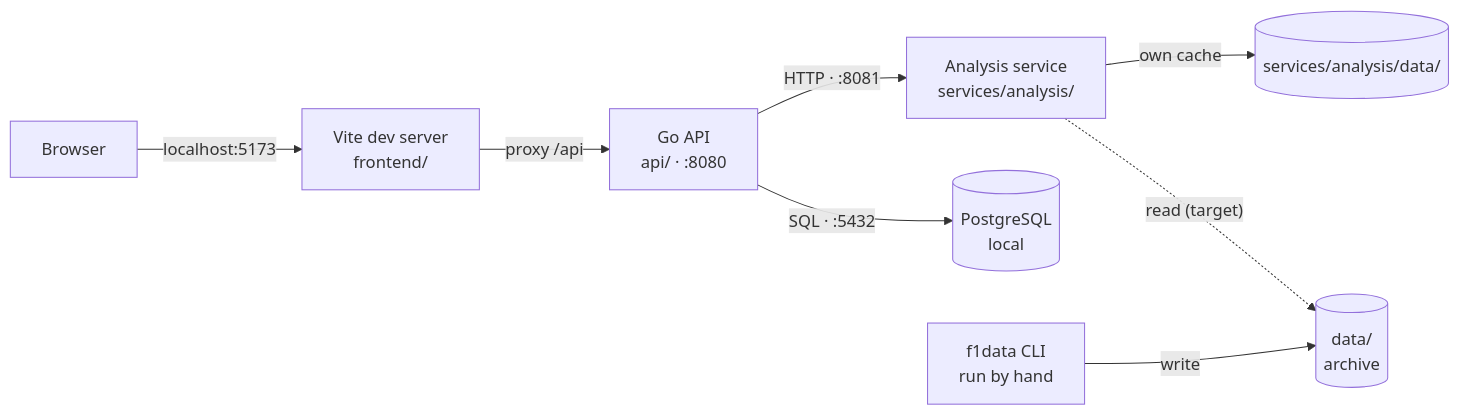
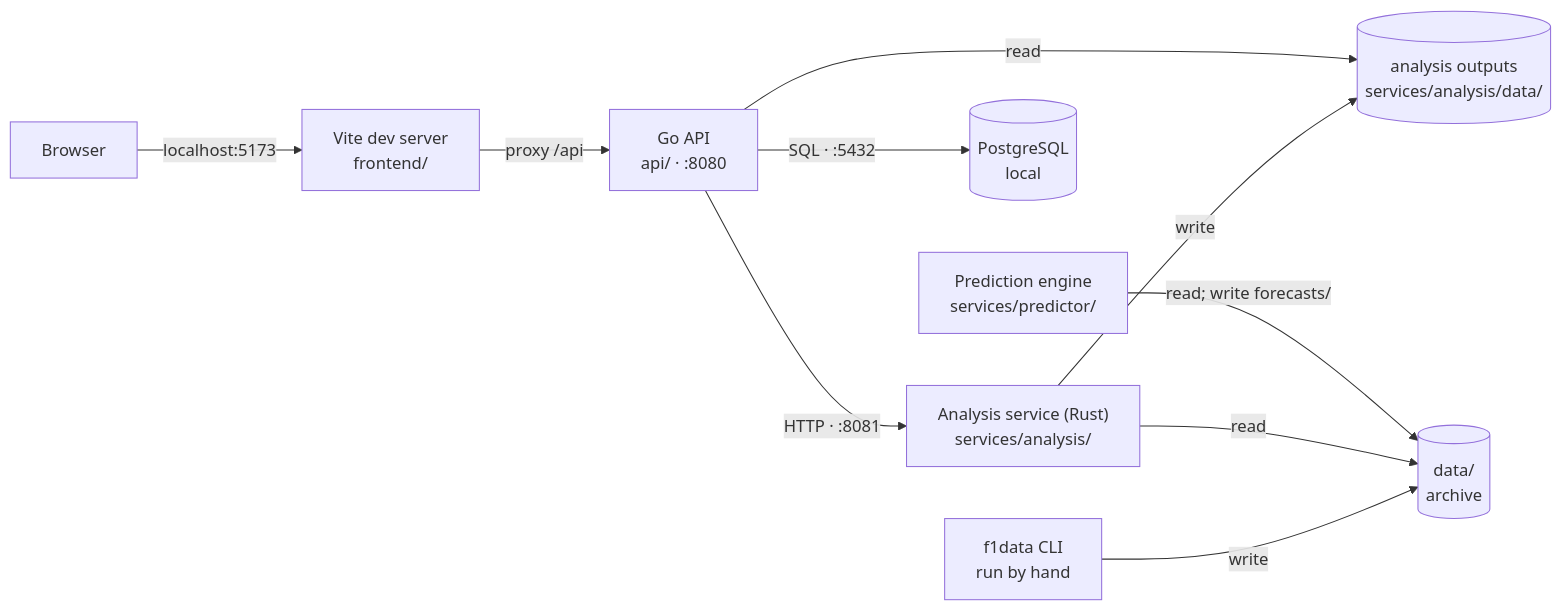
Before and after one commit to adityapandeydev/F1Stratagem: the fourth of 11 diagrams in Architecture.md, drawn with Mermaid. The commit also changed other lines of this file, not shown here.

First line of the commit message:
docs: archive access through the Rust analysis service, precompute plus on demand, single-VPS deployment

````diff
--- a/Architecture.md
+++ b/Architecture.md
@@ -200,10 +232,12 @@
 ```mermaid
 flowchart LR
     browser["Browser"] -->|"localhost:5173"| vite["Vite dev server<br/>frontend/"]
     vite -->|"proxy /api"| api["Go API<br/>api/ · :8080"]
-    api -->|"HTTP · :8081"| analysis["Analysis service<br/>services/analysis/"]
+    api -->|"HTTP · :8081"| analysis["Analysis service (Rust)<br/>services/analysis/"]
     api -->|"SQL · :5432"| pg[("PostgreSQL<br/>local")]
-    analysis -->|"own cache"| cache[("services/analysis/data/")]
+    analysis -->|"write"| outputs[("analysis outputs<br/>services/analysis/data/")]
+    api -->|"read"| outputs
     cli["f1data CLI<br/>run by hand"] -->|"write"| data[("data/<br/>archive")]
-    analysis -.->|"read (target)"| data
+    analysis -->|"read"| data
+    predictor["Prediction engine<br/>services/predictor/"] -->|"read; write forecasts/"| data
 ```
````
